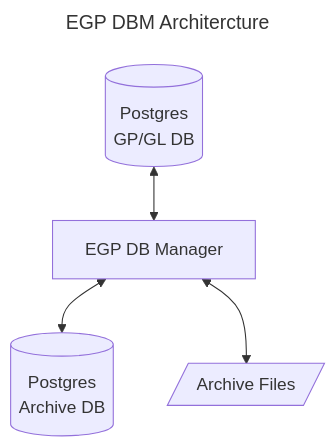
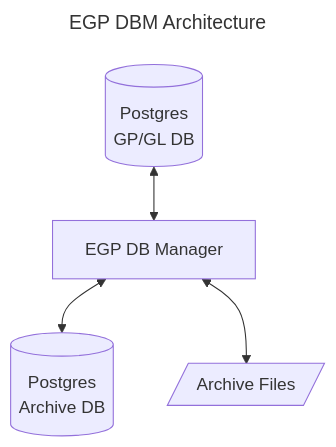
One commit to Shapedsundew9/erasmus-gp changed the first of 3 diagrams in egpdbmgr/docs/sw_architecture.md. Above: the diagram before and after it, drawn with Mermaid. The commit also changed other lines of this file and 5 other files, not shown here.

Commit message:
Saftey push: Add Interface End Point Type Definition and abstract base class for end point types; enhance software architecture documentation.

````diff
--- a/egpdbmgr/docs/sw_architecture.md
+++ b/egpdbmgr/docs/sw_architecture.md
@@ -5,16 +5,16 @@
 ```mermaid
 ---
-title: EGP DBM Architercture
+title: EGP DBM Architecture
 ---
 flowchart TD
     db1[(Postgres
         GP/GL DB)]
     db2[(Postgres
         Archive DB)]
     dbm1["EGP DB Manager"]
     bu1[/"Archive Files"/]
 
     db1 <--> dbm1
     dbm1 <--> db2
     dbm1 <--> bu1
 ```
````
